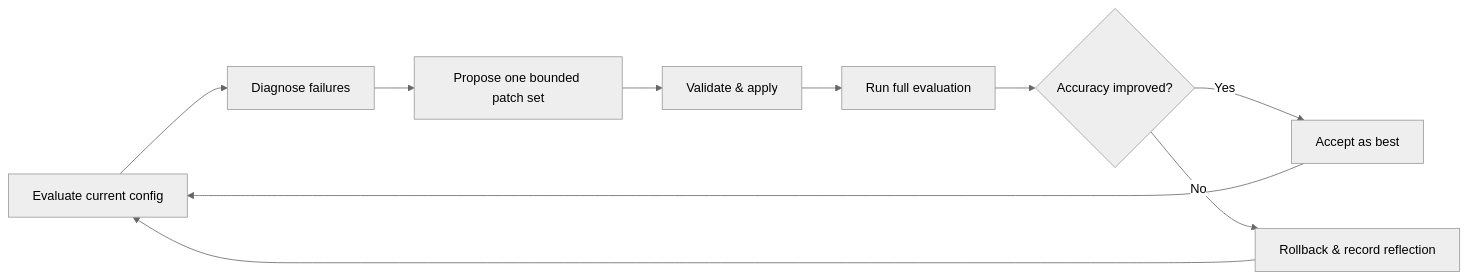
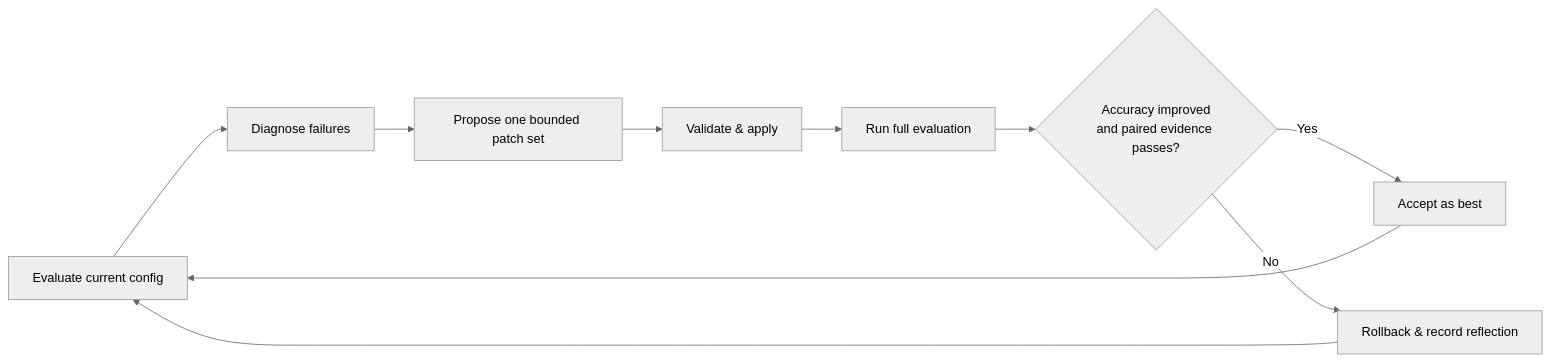
Before and after one commit to databricks-solutions/databricks-genie-workbench: the second of 2 diagrams in docs/docs/features/auto-optimize.md, drawn with Mermaid (neutral theme). The commit also changed other lines of this file, not shown here.

First line of the commit message:
docs(gso): document the paired evidence acceptance gate

````diff
--- a/docs/docs/features/auto-optimize.md
+++ b/docs/docs/features/auto-optimize.md
@@ -105,12 +105,12 @@
 ```mermaid
 flowchart LR
     eval["Evaluate current config"] --> diagnose["Diagnose failures"]
     diagnose --> propose["Propose one bounded patch set"]
     propose --> safety["Validate & apply"]
     safety --> prove["Run full evaluation"]
-    prove --> decision{"Accuracy improved?"}
+    prove --> decision{"Accuracy improved<br/>and paired evidence passes?"}
     decision -->|Yes| keep["Accept as best"]
     decision -->|No| rollback["Rollback & record reflection"]
     keep --> eval
     rollback --> eval
 ```
````
